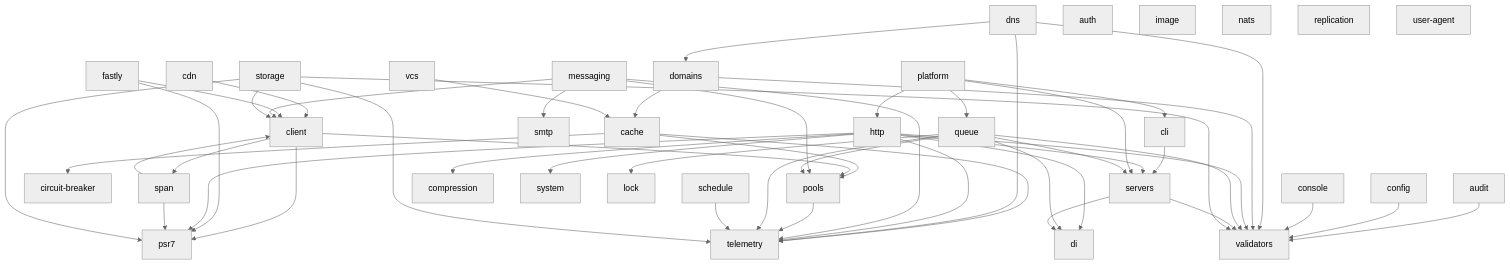
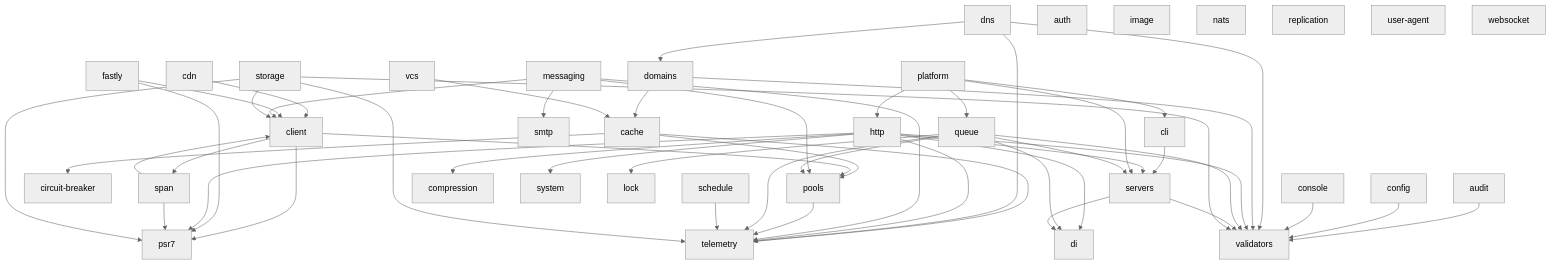
One commit to utopia-php/monorepo changed the diagram in README.md. Above: the diagram before and after it, drawn with Mermaid (neutral theme). The commit also changed 29 other files, not shown here.

````diff
--- a/README.md
+++ b/README.md
@@ -50,58 +50,59 @@
 ```mermaid
 graph TD
     audit --> validators
     cache --> circuit-breaker
     cache --> pools
     cache --> telemetry
     cdn --> client
     cli --> servers
     client --> pools
     client --> psr7
     client --> span
     config --> validators
     console --> validators
     dns --> telemetry
     dns --> validators
     dns --> domains
     domains --> validators
     domains --> cache
     fastly --> client
     fastly --> psr7
     http --> di
     http --> servers
     http --> compression
     http --> psr7
     http --> telemetry
     http --> validators
     http --> system
     messaging --> client
     messaging --> pools
     messaging --> smtp
     messaging --> telemetry
     platform --> cli
     platform --> http
     platform --> queue
     platform --> servers
     pools --> telemetry
     queue --> di
     queue --> lock
     queue --> servers
     queue --> pools
     queue --> telemetry
     queue --> validators
     schedule --> telemetry
     servers --> di
     servers --> validators
     span --> client
     span --> psr7
     storage --> telemetry
     storage --> validators
     storage --> client
     storage --> psr7
     vcs --> cache
     auth
     image
     nats
     replication
     user-agent
+    websocket
 ```
````
